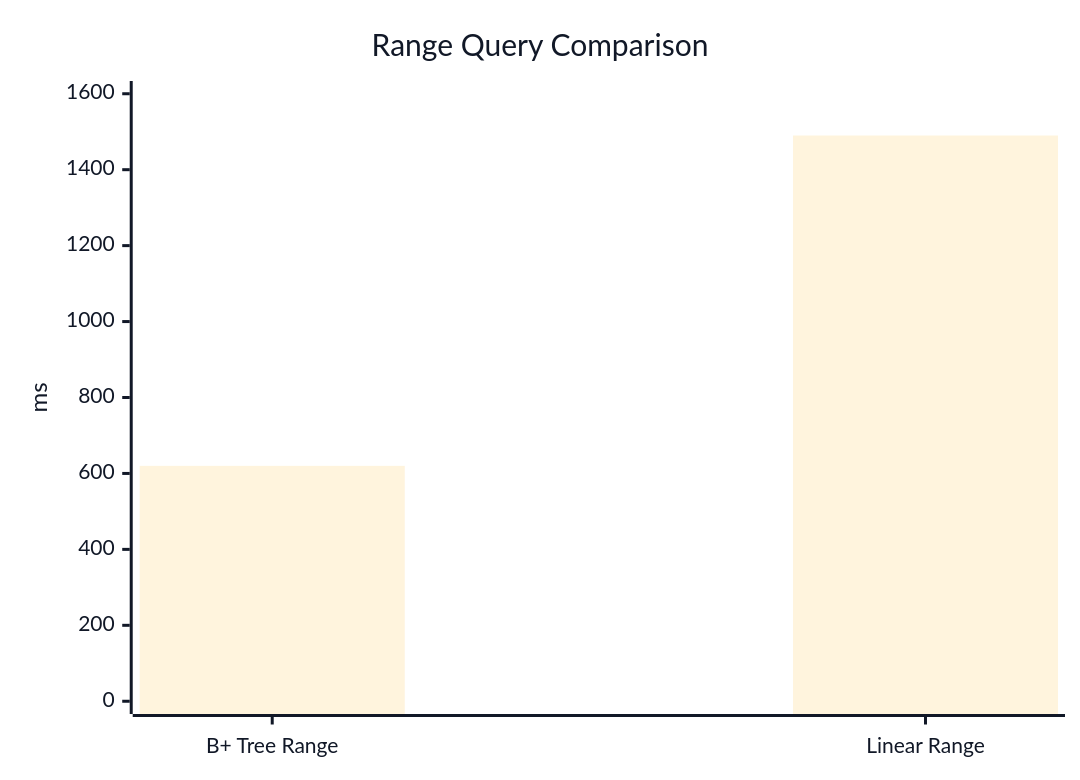
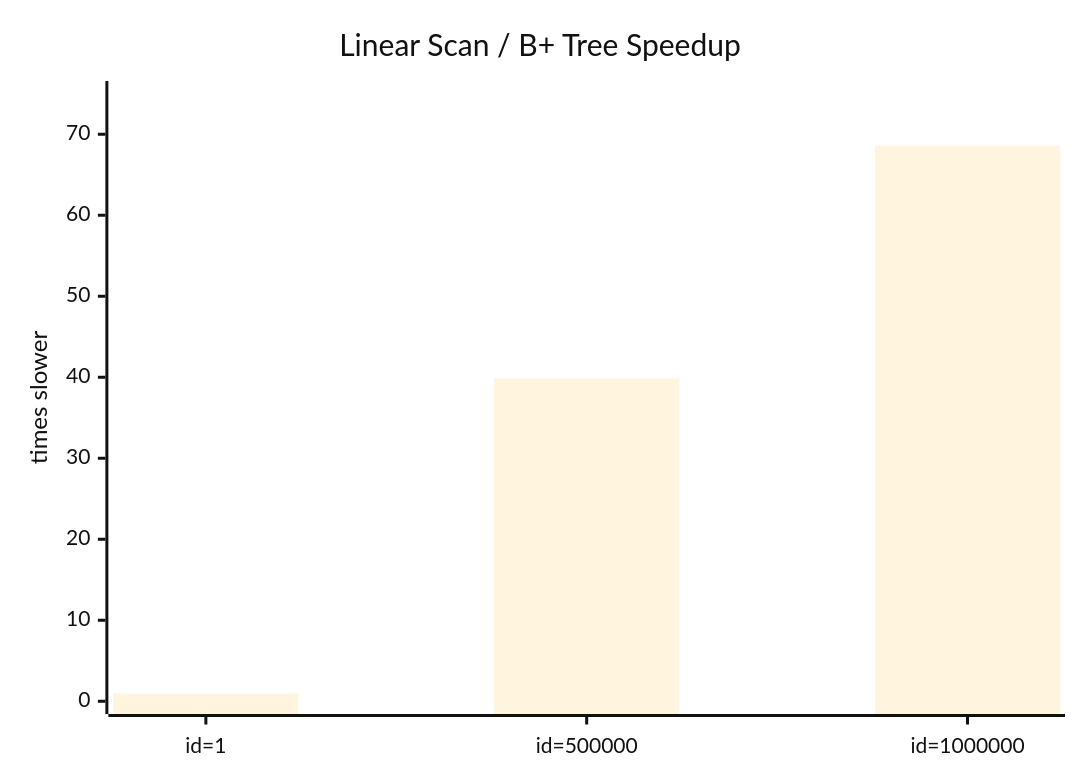
Diagram 20 of 20 in README.md (Jungle-12-303/week7-team1-sql-2), drawn with Mermaid before and after one commit. The commit also changed other lines of this file, not shown here.

````diff
--- a/README.md
+++ b/README.md
@@ -991,21 +885,21 @@
 ```mermaid
 %%{init: {
   "theme": "base",
   "themeVariables": {
     "background": "#ffffff",
-    "primaryColor": "#f8fafc",
-    "primaryTextColor": "#111827",
-    "primaryBorderColor": "#334155",
-    "lineColor": "#475569",
-    "secondaryColor": "#f1f5f9",
-    "secondaryTextColor": "#111827",
-    "tertiaryColor": "#e2e8f0",
-    "tertiaryTextColor": "#111827"
+    "primaryColor": "#ffffff",
+    "primaryTextColor": "#111111",
+    "primaryBorderColor": "#111111",
+    "lineColor": "#111111",
+    "secondaryColor": "#f3f4f6",
+    "secondaryTextColor": "#111111",
+    "tertiaryColor": "#e5e7eb",
+    "tertiaryTextColor": "#111111"
   }
 }}%%
 xychart-beta
-    title "Range Query Comparison"
-    x-axis ["B+ Tree Range", "Linear Range"]
-    y-axis "ms" 0 --> 1600
-    bar [620, 1490]
+    title "Linear Scan / B+ Tree Speedup"
+    x-axis ["id=1", "id=500000", "id=1000000"]
+    y-axis "times slower" 0 --> 75
+    bar [0.95, 39.85, 68.57]
 ```
````
